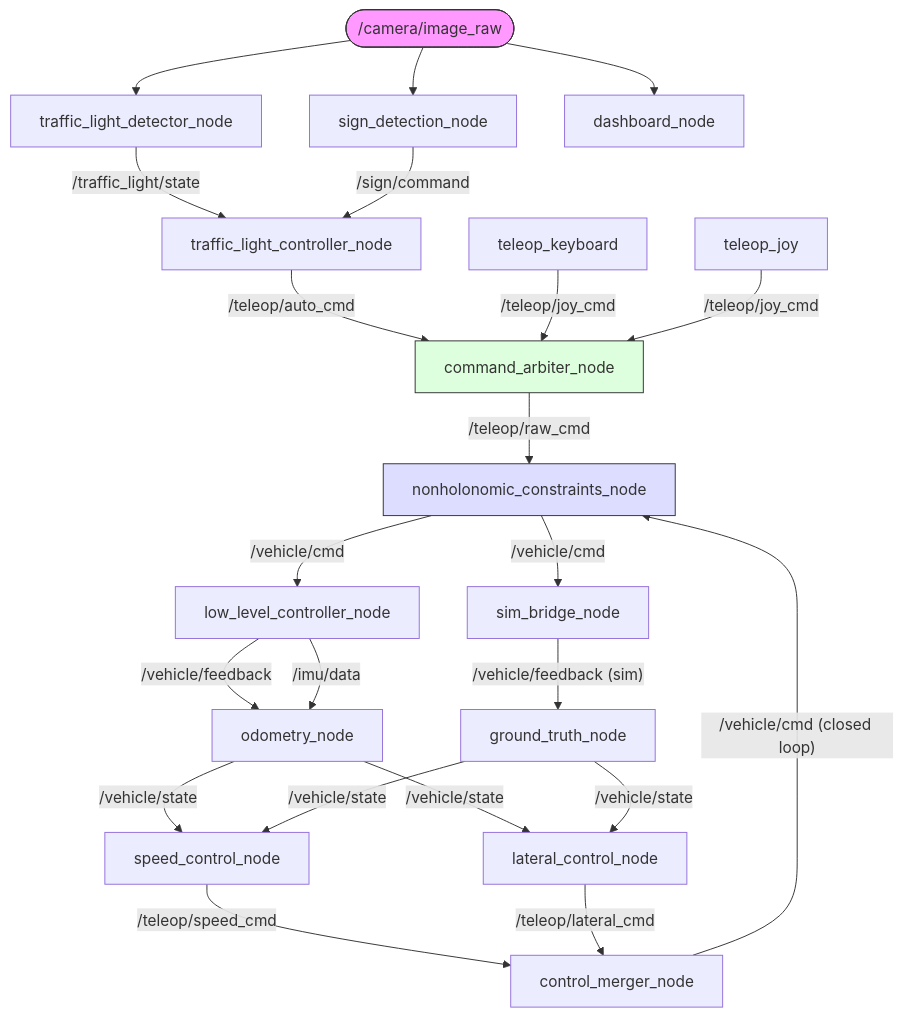
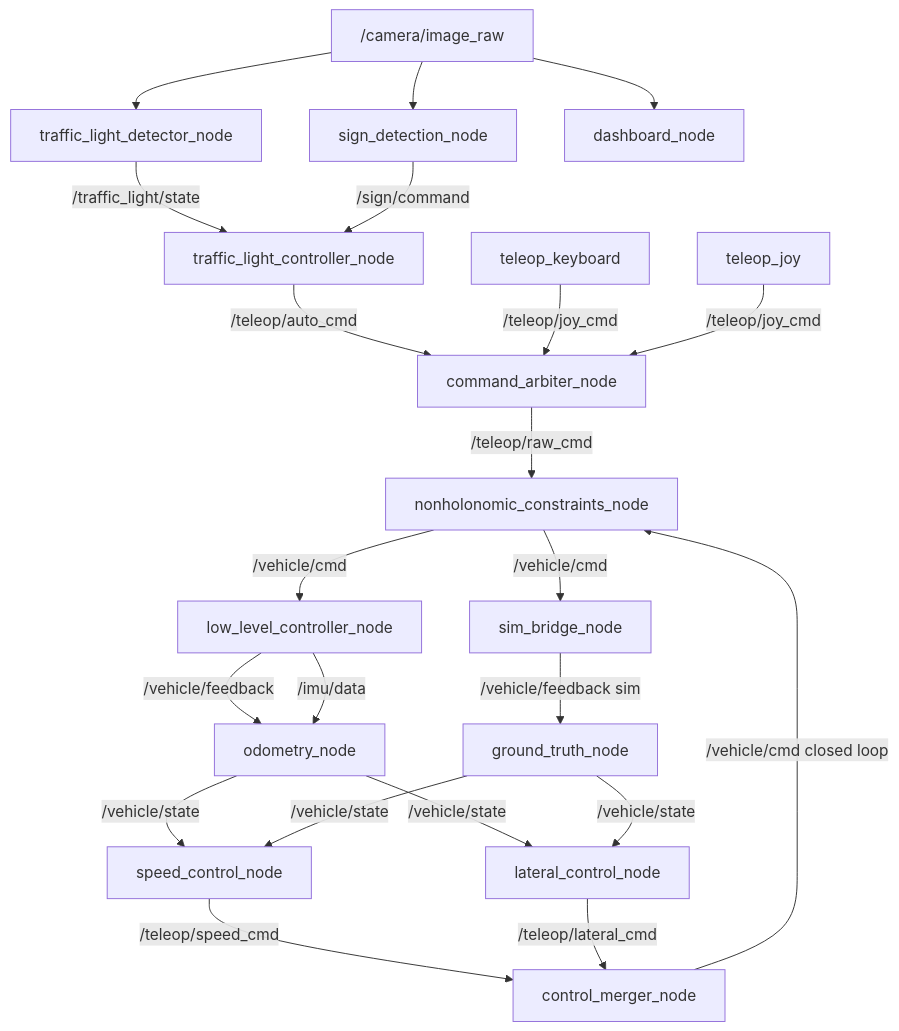
The second of 2 diagrams in README.md (a7medm0stafa/zooba_workspace), drawn with Mermaid before and after one commit. The commit also changed other lines of this file and 5 other files, not shown here.

````diff
--- a/README.md
+++ b/README.md
@@ -310,46 +107,41 @@
 ```mermaid
 flowchart TD
     %% Perception to High-Level
-    CAM([/camera/image_raw]) --> TLD[traffic_light_detector_node]
+    CAM["/camera/image_raw"] --> TLD[traffic_light_detector_node]
     CAM --> SDN[sign_detection_node]
     CAM --> DBN[dashboard_node]
 
-    TLD -- "/traffic_light/state" --> TLC[traffic_light_controller_node]
-    SDN -- "/sign/command" --> TLC
+    TLD -->|/traffic_light/state| TLC[traffic_light_controller_node]
+    SDN -->|/sign/command| TLC
 
     %% High-Level to Arbiter
-    TLC -- "/teleop/auto_cmd" --> ARB[command_arbiter_node]
+    TLC -->|/teleop/auto_cmd| ARB[command_arbiter_node]
     
-    KB[teleop_keyboard] -- "/teleop/joy_cmd" --> ARB
-    JOY[teleop_joy] -- "/teleop/joy_cmd" --> ARB
+    KB[teleop_keyboard] -->|/teleop/joy_cmd| ARB
+    JOY[teleop_joy] -->|/teleop/joy_cmd| ARB
 
     %% Arbiter to Mid-Level
-    ARB -- "/teleop/raw_cmd" --> NHC[nonholonomic_constraints_node]
+    ARB -->|/teleop/raw_cmd| NHC[nonholonomic_constraints_node]
 
     %% Mid-Level Loop
-    NHC -- "/vehicle/cmd" --> LLC[low_level_controller_node]
-    NHC -- "/vehicle/cmd" --> SB[sim_bridge_node]
+    NHC -->|/vehicle/cmd| LLC[low_level_controller_node]
+    NHC -->|/vehicle/cmd| SB[sim_bridge_node]
 
     %% Feedback to Localization
-    LLC -- "/vehicle/feedback" --> ODOM[odometry_node]
-    LLC -- "/imu/data" --> ODOM
-    SB -- "/vehicle/feedback (sim)" --> GTN[ground_truth_node]
+    LLC -->|/vehicle/feedback| ODOM[odometry_node]
+    LLC -->|/imu/data| ODOM
+    SB -->|/vehicle/feedback sim| GTN[ground_truth_node]
 
     %% Localization to Controllers
-    ODOM -- "/vehicle/state" --> SCN[speed_control_node]
-    ODOM -- "/vehicle/state" --> LCN[lateral_control_node]
-    GTN -- "/vehicle/state" --> SCN
-    GTN -- "/vehicle/state" --> LCN
+    ODOM -->|/vehicle/state| SCN[speed_control_node]
+    ODOM -->|/vehicle/state| LCN[lateral_control_node]
+    GTN -->|/vehicle/state| SCN
+    GTN -->|/vehicle/state| LCN
 
     %% Controllers to Merger
-    SCN -- "/teleop/speed_cmd" --> CMN[control_merger_node]
-    LCN -- "/teleop/lateral_cmd" --> CMN
+    SCN -->|/teleop/speed_cmd| CMN[control_merger_node]
+    LCN -->|/teleop/lateral_cmd| CMN
 
     %% Merger back to Constraints
-    CMN -- "/vehicle/cmd (closed loop)" --> NHC
-
-    %% Styling
-    style CAM fill:#f9f,stroke:#333
-    style ARB fill:#dfd,stroke:#333
-    style NHC fill:#ddf,stroke:#333
+    CMN -->|/vehicle/cmd closed loop| NHC
 ```
````
